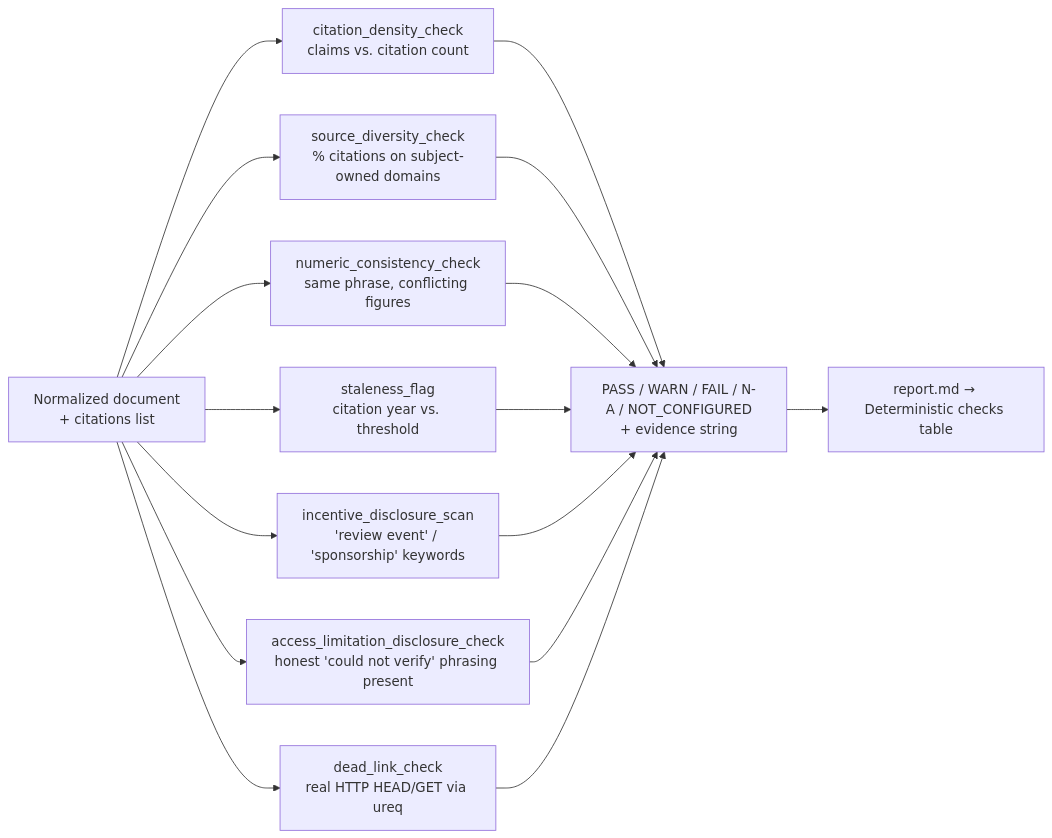
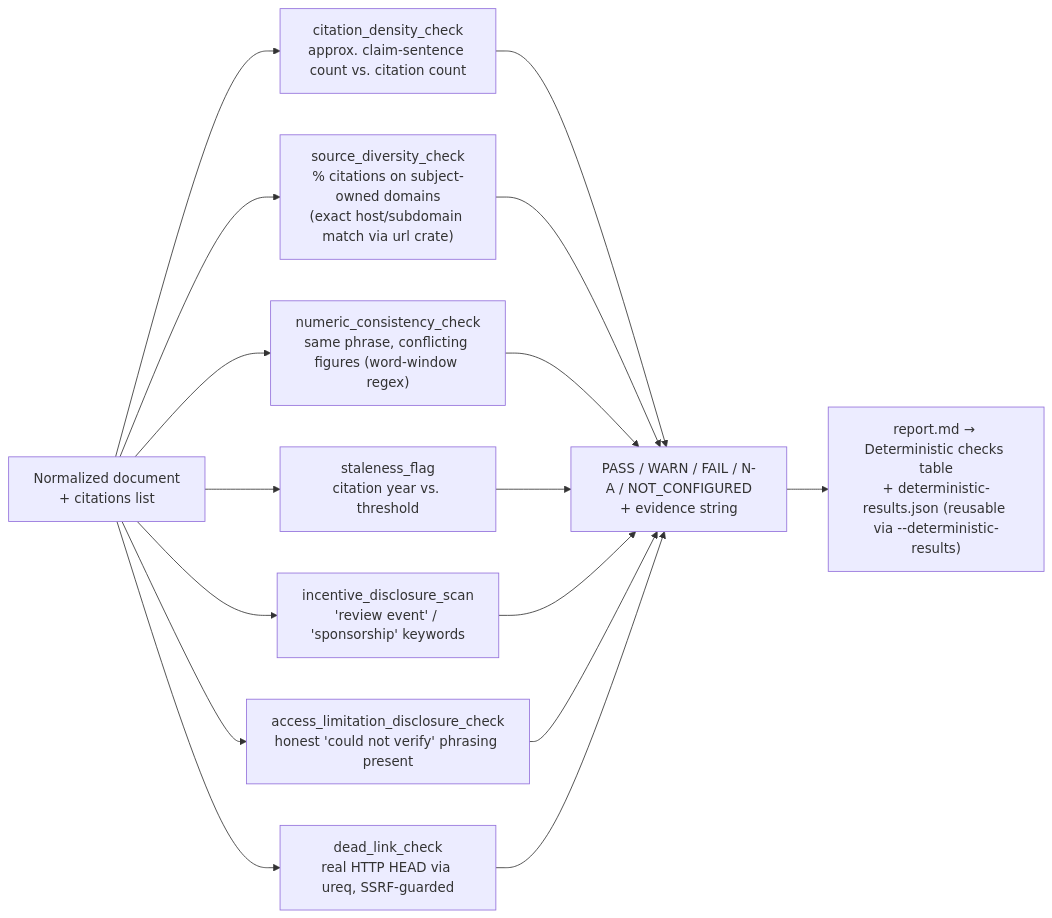
The seventh of 8 diagrams in README.md (Loop-Suite/research-loop), drawn with Mermaid before and after one commit. The commit also changed other lines of this file, not shown here.

````diff
--- a/README.md
+++ b/README.md
@@ -190,13 +244,13 @@
 ```mermaid
 flowchart LR
-    DOC["Normalized document<br/>+ citations list"] --> C1["citation_density_check<br/>claims vs. citation count"]
-    DOC --> C2["source_diversity_check<br/>% citations on subject-owned domains"]
-    DOC --> C3["numeric_consistency_check<br/>same phrase, conflicting figures"]
+    DOC["Normalized document<br/>+ citations list"] --> C1["citation_density_check<br/>approx. claim-sentence count vs. citation count"]
+    DOC --> C2["source_diversity_check<br/>% citations on subject-owned domains<br/>(exact host/subdomain match via url crate)"]
+    DOC --> C3["numeric_consistency_check<br/>same phrase, conflicting figures (word-window regex)"]
     DOC --> C4["staleness_flag<br/>citation year vs. threshold"]
     DOC --> C5["incentive_disclosure_scan<br/>'review event' / 'sponsorship' keywords"]
     DOC --> C6["access_limitation_disclosure_check<br/>honest 'could not verify' phrasing present"]
-    DOC --> C7["dead_link_check<br/>real HTTP HEAD/GET via ureq"]
+    DOC --> C7["dead_link_check<br/>real HTTP HEAD via ureq, SSRF-guarded"]
 
     C1 & C2 & C3 & C4 & C5 & C6 & C7 --> RESULT["PASS / WARN / FAIL / N-A / NOT_CONFIGURED<br/>+ evidence string"]
-    RESULT --> REPORTOUT["report.md → Deterministic checks table"]
+    RESULT --> REPORTOUT["report.md → Deterministic checks table<br/>+ deterministic-results.json (reusable via --deterministic-results)"]
 ```
````
